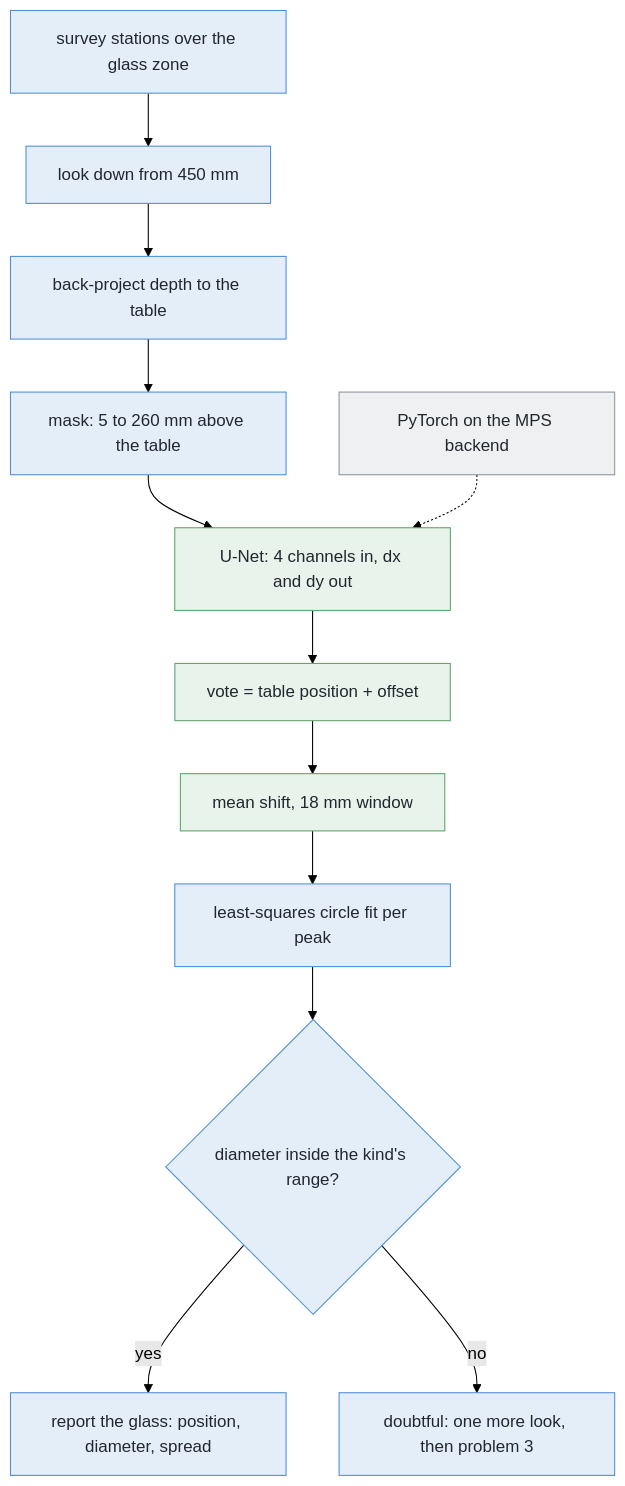
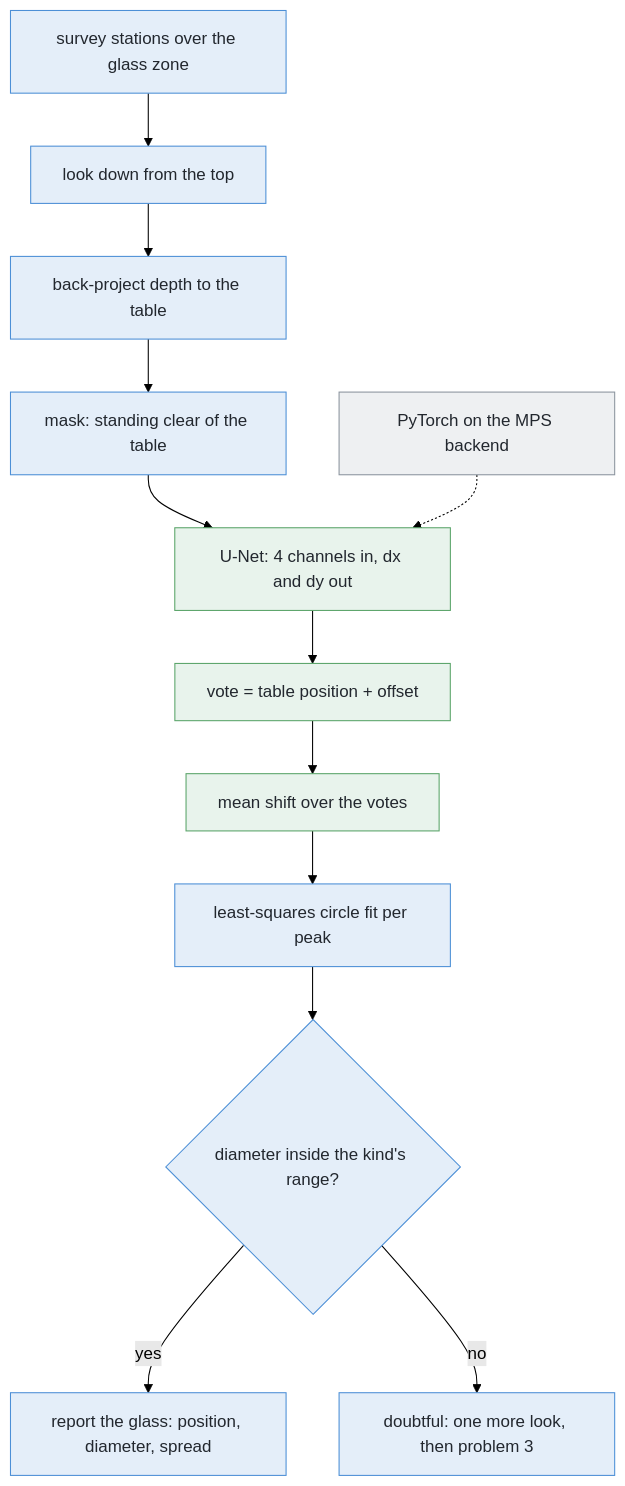
One commit to RobinNagpal/robot-arm-projects changed the third of 3 diagrams in v5-pick-glasses/docs/problem-2/solutions/08-per-pixel-votes-for-the-centre.md. Above: the diagram before and after it, drawn with Mermaid (forest theme). The commit also changed other lines of this file, not shown here.

````diff
--- a/v5-pick-glasses/docs/problem-2/solutions/08-per-pixel-votes-for-the-centre.md
+++ b/v5-pick-glasses/docs/problem-2/solutions/08-per-pixel-votes-for-the-centre.md
@@ -380,31 +399,31 @@
 ```mermaid
 flowchart TD
     S["survey stations over the glass zone"]
-    L["look down from 450 mm"]
+    L["look down from the top"]
     B["back-project depth to the table"]
-    K["mask: 5 to 260 mm above the table"]
+    K["mask: standing clear of the table"]
     PT["PyTorch on the MPS backend"]
     N["U-Net: 4 channels in, dx and dy out"]
     V["vote = table position + offset"]
-    MS["mean shift, 18 mm window"]
+    MS["mean shift over the votes"]
     F["least-squares circle fit per peak"]
     D{"diameter inside the kind's range?"}
     OK["report the glass: position, diameter, spread"]
     Q["doubtful: one more look, then problem 3"]
     S --> L --> B --> K --> N --> V --> MS --> F --> D
     PT -.-> N
     D -->|yes| OK
     D -->|no| Q
     style S fill:#e4eef9,stroke:#4c8fd6,color:#22272e
     style L fill:#e4eef9,stroke:#4c8fd6,color:#22272e
     style B fill:#e4eef9,stroke:#4c8fd6,color:#22272e
     style K fill:#e4eef9,stroke:#4c8fd6,color:#22272e
     style PT fill:#eef0f2,stroke:#8b949e,color:#22272e
     style N fill:#e8f3ec,stroke:#5aa469,color:#22272e
     style V fill:#e8f3ec,stroke:#5aa469,color:#22272e
     style MS fill:#e8f3ec,stroke:#5aa469,color:#22272e
     style F fill:#e4eef9,stroke:#4c8fd6,color:#22272e
     style D fill:#e4eef9,stroke:#4c8fd6,color:#22272e
     style OK fill:#e4eef9,stroke:#4c8fd6,color:#22272e
     style Q fill:#e4eef9,stroke:#4c8fd6,color:#22272e
 ```
````
